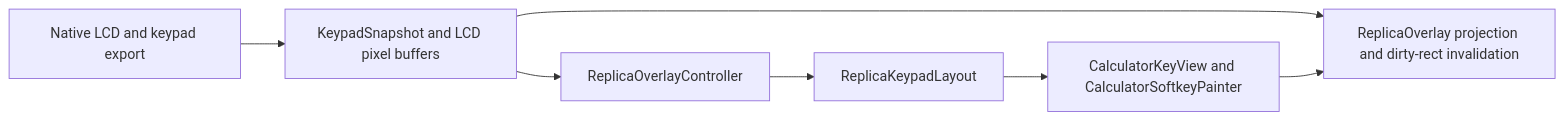
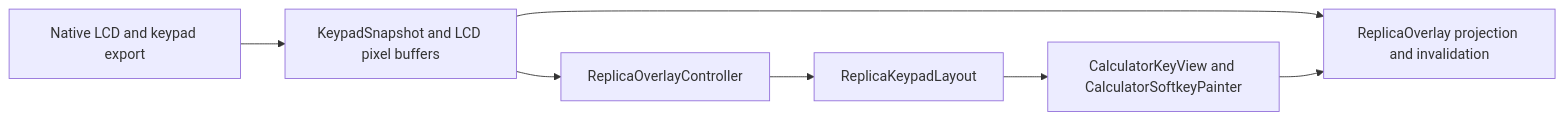
One commit to ppigazzini/r47zen changed the diagram in android/docs/dev/05-ui-rendering-and-gtk-mapping.md. Above: the diagram before and after it, drawn with Mermaid. The commit also changed other lines of this file and 11 other files, not shown here.

````diff
--- a/android/docs/dev/05-ui-rendering-and-gtk-mapping.md
+++ b/android/docs/dev/05-ui-rendering-and-gtk-mapping.md
@@ -12,13 +12,13 @@
 ```mermaid
 flowchart LR
   A[Native LCD and keypad export]
   B[KeypadSnapshot and LCD pixel buffers]
   C[ReplicaOverlayController]
   D[ReplicaKeypadLayout]
   E[CalculatorKeyView and CalculatorSoftkeyPainter]
-  F[ReplicaOverlay projection and dirty-rect invalidation]
+  F[ReplicaOverlay projection and invalidation]
 
   A --> B --> C --> D --> E
   B --> F
   E --> F
 ```
````
